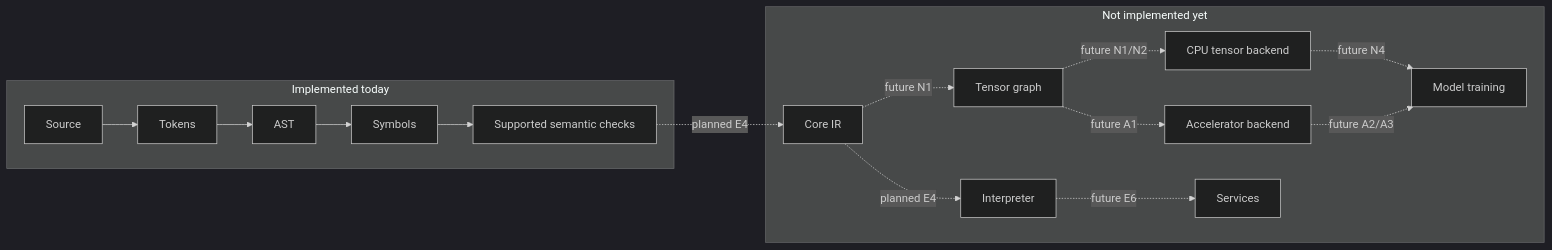
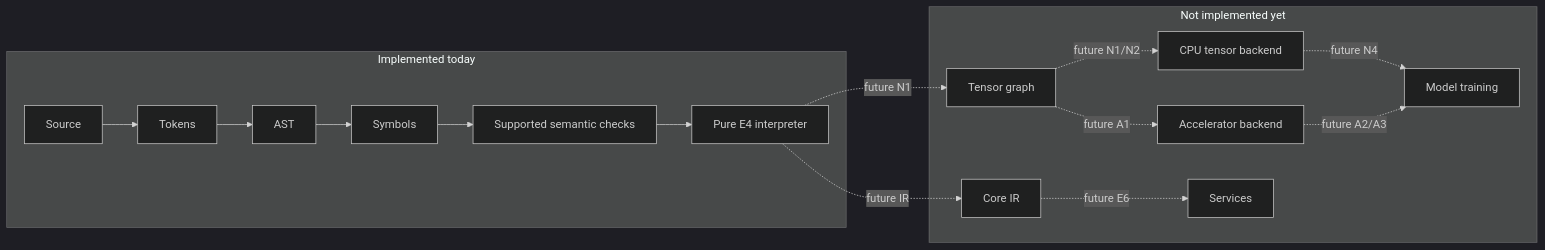
One commit to marcosbuilds/Seloryn changed the diagram in docs/project/architecture.md. Above: the diagram before and after it, drawn with Mermaid (dark theme). The commit also changed other lines of this file and 14 other files, not shown here.

Commit message:
Implement E4 pure interpreter

````diff
--- a/docs/project/architecture.md
+++ b/docs/project/architecture.md
@@ -7,26 +7,25 @@
 ```mermaid
 flowchart LR
     subgraph A1[Implemented today]
         A[Source] --> B[Tokens]
         B --> C[AST]
         C --> D[Symbols]
         D --> E[Supported semantic checks]
+        E --> F[Pure E4 interpreter]
     end
     subgraph A2[Not implemented yet]
-        F[Core IR]
-        G[Interpreter]
+        G[Core IR]
         H[Tensor graph]
         I[CPU tensor backend]
         J[Accelerator backend]
         K[Services]
         L[Model training]
     end
-    E -. planned E4 .-> F
-    F -. planned E4 .-> G
+    F -. future IR .-> G
     F -. future N1 .-> H
     H -. future N1/N2 .-> I
     H -. future A1 .-> J
     G -. future E6 .-> K
     I -. future N4 .-> L
     J -. future A2/A3 .-> L
 ```
````
